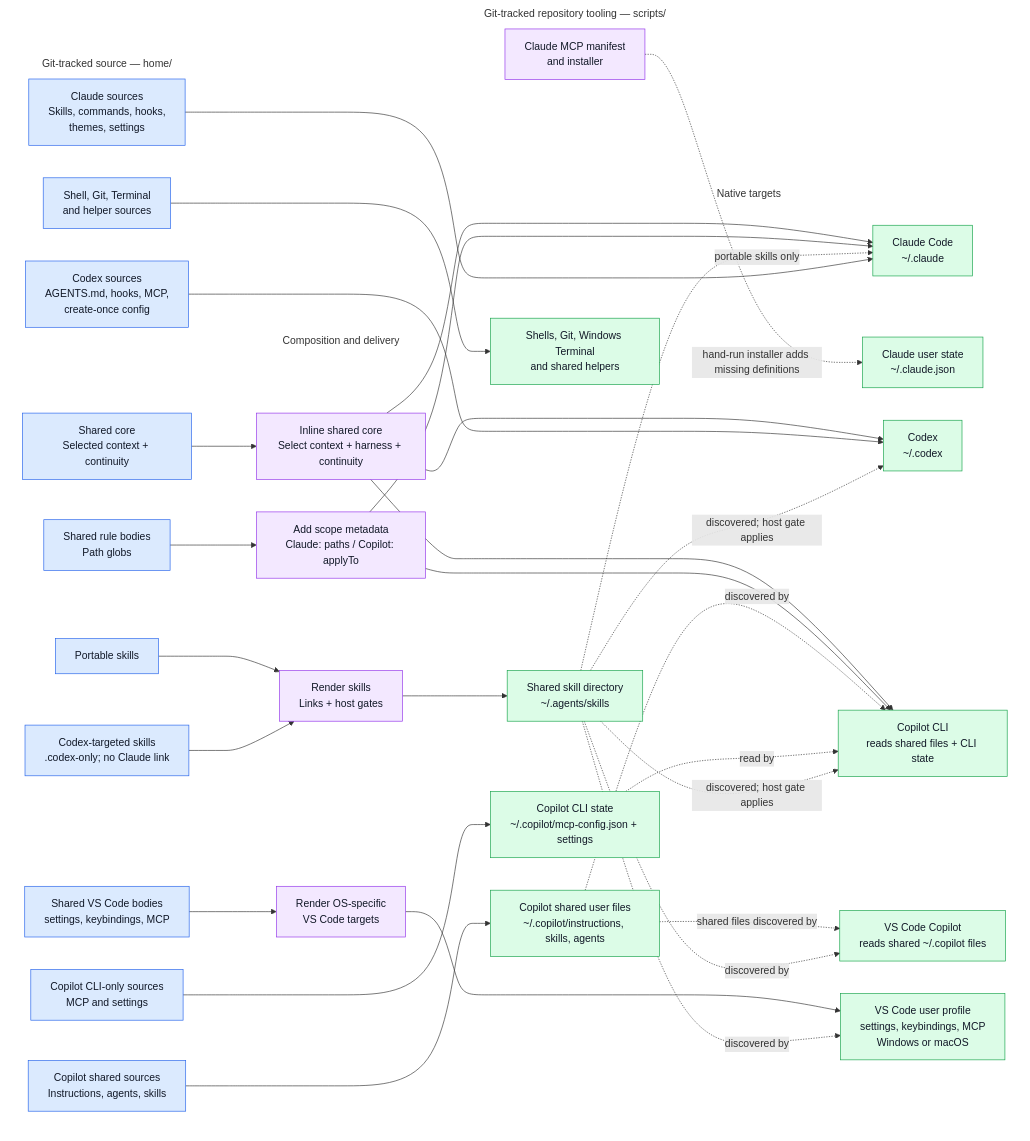
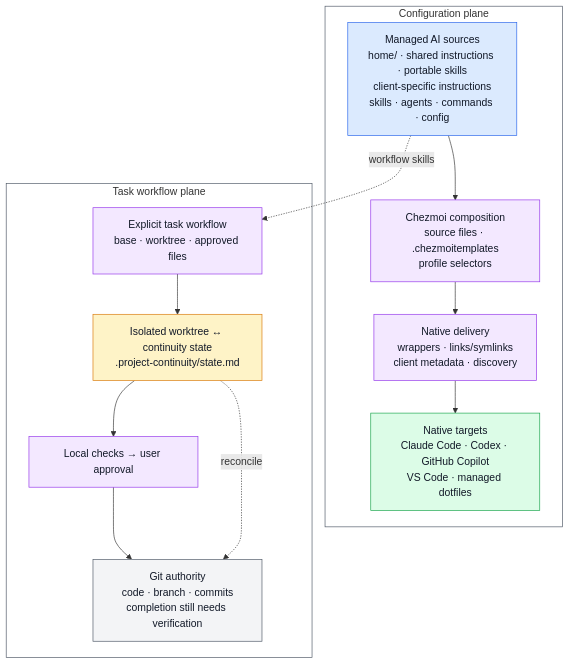
One commit to sherrilla71940/dotfiles changed the first of 4 diagrams in README.md. Above: the diagram before and after it, drawn with Mermaid. The commit also changed other lines of this file and 1 other file, not shown here.

Commit message:
docs(readme): refine architecture diagram labels

````diff
--- a/README.md
+++ b/README.md
@@ -66,87 +45,32 @@
 ```mermaid
-%%{init: {"themeVariables": {"clusterBkg": "transparent"}, "flowchart": {"useMaxWidth": false}}}%%
-flowchart LR
-    subgraph source["Git-tracked source — home/"]
-        core["Shared core<br/>Selected context + continuity"]
-        rules["Shared rule bodies<br/>Path globs"]
-        portableSkills["Portable skills"]
-        codexSkills["Codex-targeted skills<br/>.codex-only; no Claude link"]
-        claudeNative["Claude sources<br/>Skills, commands, hooks,<br/>themes, settings"]
-        codexNative["Codex sources<br/>AGENTS.md, hooks, MCP,<br/>create-once config"]
-        copilotNative["Copilot shared sources<br/>Instructions, agents, skills"]
-        copilotCliNative["Copilot CLI-only sources<br/>MCP and settings"]
-        vscodeBody["Shared VS Code bodies<br/>settings, keybindings, MCP"]
-        platform["Shell, Git, Terminal<br/>and helper sources"]
+flowchart TB
+    subgraph configuration["Configuration plane"]
+        aiSources["Managed AI sources<br/>home/ · shared instructions · portable skills<br/>client-specific instructions<br/>skills · agents · commands · config"]:::source
+        compose["Chezmoi composition<br/>source files · .chezmoitemplates<br/>profile selectors"]:::process
+        adapt["Native delivery<br/>wrappers · links/symlinks<br/>client metadata · discovery"]:::process
+        targets["Native targets<br/>Claude Code · Codex · GitHub Copilot<br/>VS Code · managed dotfiles"]:::target
+        aiSources --> compose
+        compose --> adapt --> targets
     end
 
-    subgraph tooling["Git-tracked repository tooling — scripts/"]
-        claudeMcp["Claude MCP manifest<br/>and installer"]
+    subgraph workflow["Task workflow plane"]
+        task["Explicit task workflow<br/>base · worktree · approved files"]:::process
+        state["Isolated worktree ↔ continuity state<br/>.project-continuity/state.md"]:::state
+        verify["Local checks → user approval"]:::check
+        authority["Git authority<br/>code · branch · commits<br/>completion still needs verification"]:::authority
+        task --> state --> verify --> authority
     end
 
-    subgraph render["Composition and delivery"]
-        instructionAdapters["Inline shared core<br/>Select context + harness + continuity"]
-        ruleAdapters["Add scope metadata<br/>Claude: paths / Copilot: applyTo"]
-        skillDelivery["Render skills<br/>Links + host gates"]
-        osAdapters["Render OS-specific<br/>VS Code targets"]
-    end
+    aiSources -. workflow skills .-> task
+    state -. reconcile .-> authority
 
-    subgraph targets["Native targets"]
-        claude["Claude Code<br/>~/.claude"]
-        claudeState["Claude user state<br/>~/.claude.json"]
-        codex["Codex<br/>~/.codex"]
-        copilotFiles["Copilot shared user files<br/>~/.copilot/instructions, skills, agents"]
-        copilotCli["Copilot CLI<br/>reads shared files + CLI state"]
-        copilotCliState["Copilot CLI state<br/>~/.copilot/mcp-config.json + settings"]
-        copilotHost["VS Code Copilot<br/>reads shared ~/.copilot files"]
-        agents["Shared skill directory<br/>~/.agents/skills"]
-        vscode["VS Code user profile<br/>settings, keybindings, MCP<br/>Windows or macOS"]
-        other["Shells, Git, Windows Terminal<br/>and shared helpers"]
-    end
+    classDef source fill:#dbeafe,stroke:#2563eb,color:#111827
+    classDef process fill:#f3e8ff,stroke:#9333ea,color:#111827
+    classDef target fill:#dcfce7,stroke:#16a34a,color:#111827
+    classDef state fill:#fef3c7,stroke:#d97706,color:#111827
+    classDef check fill:#f3e8ff,stroke:#9333ea,color:#111827
+    classDef authority fill:#f3f4f6,stroke:#4b5563,color:#111827
 
-    core --> instructionAdapters
-    instructionAdapters --> claude
-    instructionAdapters --> codex
-    instructionAdapters --> copilotCli
-
-    rules --> ruleAdapters
-    ruleAdapters --> claude
-    ruleAdapters --> copilotCli
-
-    portableSkills --> skillDelivery
-    codexSkills --> skillDelivery
-    skillDelivery --> agents
-    agents -.->|"portable skills only"| claude
-
-    claudeNative --> claude
-    claudeMcp -.->|"hand-run installer adds missing definitions"| claudeState
-    codexNative --> codex
-    copilotNative --> copilotFiles
-    copilotCliNative --> copilotCliState
-
-    vscodeBody --> osAdapters --> vscode
-    platform --> other
-
-    copilotFiles -.->|"discovered by"| copilotCli
-    copilotFiles -.->|"shared files discovered by"| copilotHost
-    copilotCliState -.->|"read by"| copilotCli
-    agents -.->|"discovered; host gate applies"| codex
-    agents -.->|"discovered; host gate applies"| copilotCli
-    agents -.->|"discovered by"| copilotHost
-    agents -.->|"discovered by"| vscode
-
-    class core,rules,portableSkills,codexSkills,claudeNative,codexNative,copilotNative,copilotCliNative,vscodeBody,platform input
-    class claudeMcp,instructionAdapters,ruleAdapters,skillDelivery,osAdapters orchestration
-    class claude,claudeState,codex,copilotFiles,copilotCli,copilotCliState,copilotHost,agents,vscode,other output
-
-    classDef input fill:#dbeafe,stroke:#2563eb,color:#111827
-    classDef orchestration fill:#f3e8ff,stroke:#9333ea,color:#111827
-    classDef output fill:#dcfce7,stroke:#16a34a,color:#111827
-    classDef work fill:#fef3c7,stroke:#d97706,color:#111827
-    classDef control fill:#f3f4f6,stroke:#4b5563,color:#111827
-    classDef exception fill:#fee2e2,stroke:#dc2626,color:#111827
-
-    style source fill:none,stroke:transparent
-    style tooling fill:none,stroke:transparent
-    style render fill:none,stroke:transparent
-    style targets fill:none,stroke:transparent
+    style configuration fill:transparent,stroke:#4b5563,stroke-width:1px
+    style workflow fill:transparent,stroke:#4b5563,stroke-width:1px
 ```
````
